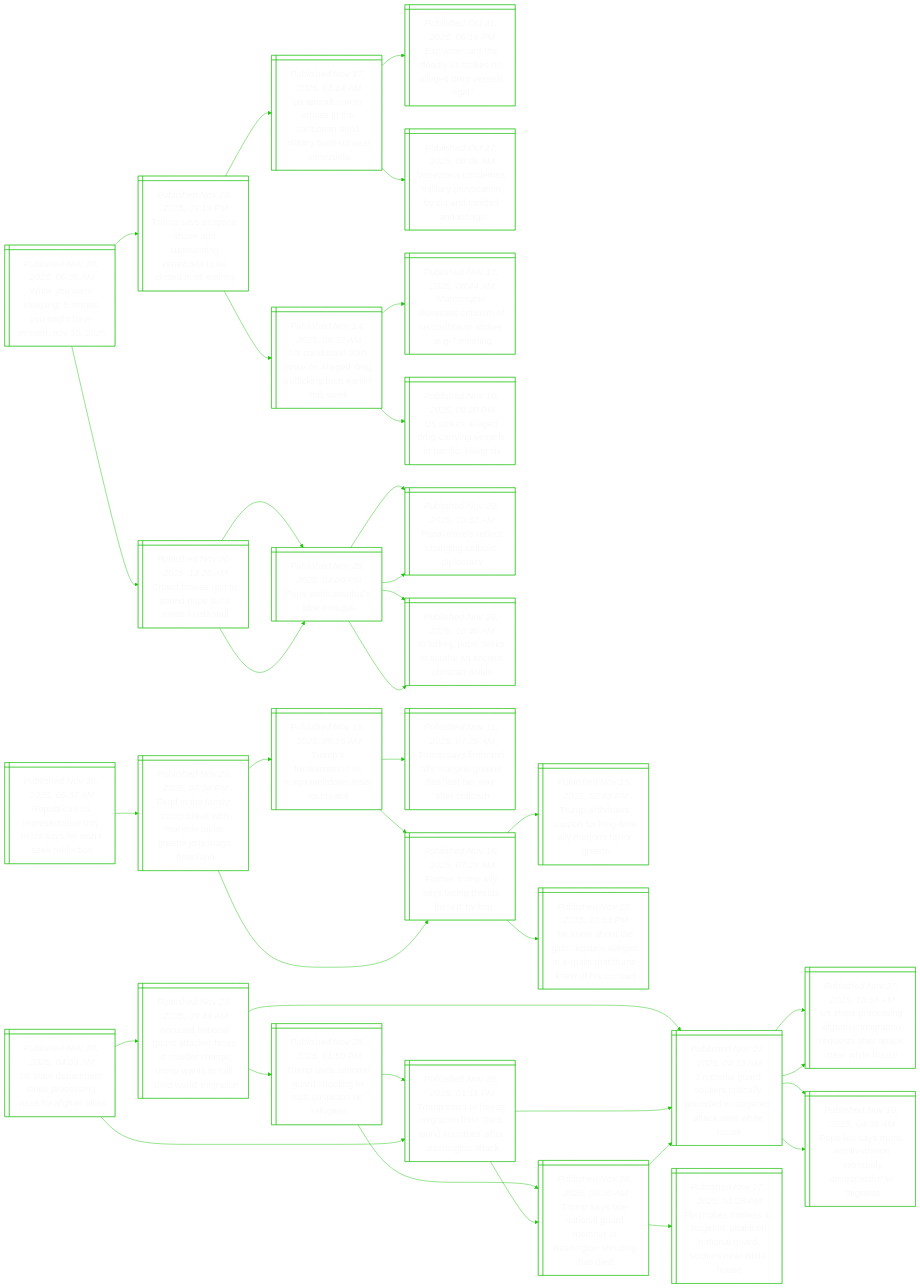
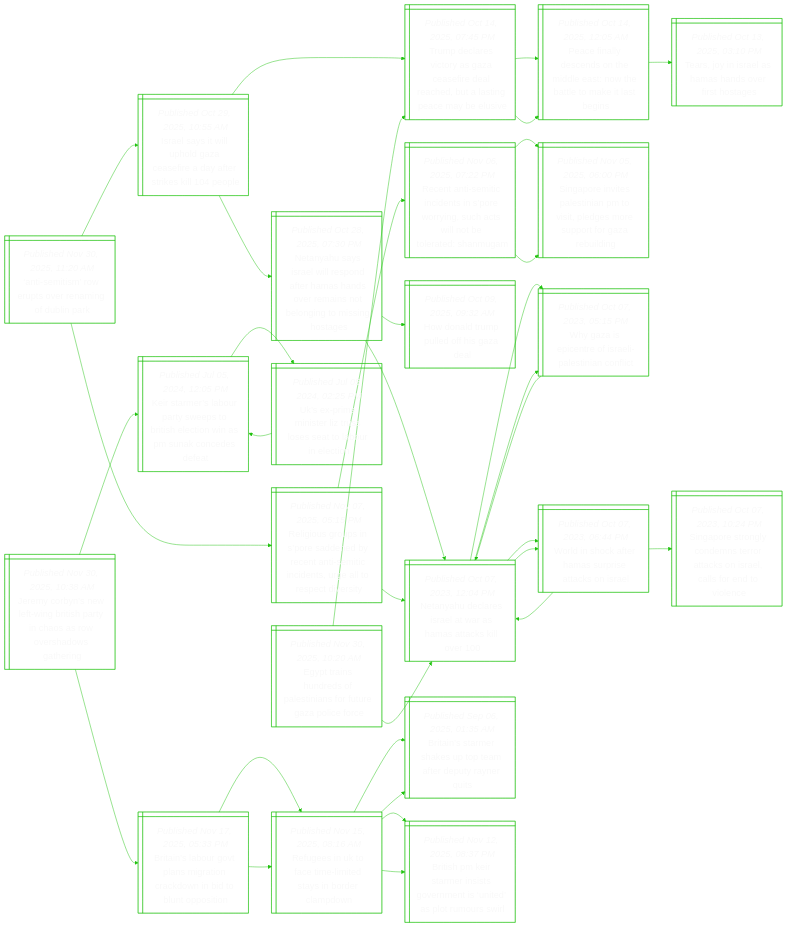
Before and after one commit to notJmes/notJmes: the diagram in README.md, drawn with Mermaid. The commit also changed other lines of this file, not shown here.

````diff
--- a/README.md
+++ b/README.md
@@ -16,121 +16,112 @@
 flowchart LR
 classDef txtsize font-size:20px;
 
-WYresemhiN@{ shape: win-pane, label: "_Published Nov 30, 2025, 06:35 AM_
-While you were sleeping: 5 stories you might have missed, nov 30, 2025" }
-Tsicvsugztliee@{ shape: win-pane, label: "_Published Nov 29, 2025, 09:19 PM_
-Trump says airspace above and surrounding venezuela to be closed in its entirety" }
-Ucceinaeiiburz@{ shape: win-pane, label: "_Published Nov 17, 2025, 03:14 AM_
-Us aircraft carrier arrives in the caribbean amid military build-up near venezuela" }
-Eirdyroersl@{ shape: win-pane, label: "_Published Oct 31, 2025, 06:16 PM_
-Explainer: are the deadly us strikes on alleged drug vessels legal?​" }
-VuonipcnAraTo@{ shape: win-pane, label: "_Published Oct 27, 2025, 08:06 AM_
-Venezuela condemns ‘military provocation’ by cia and trinidad and tobago" }
-Uddrngufialhe@{ shape: win-pane, label: "_Published Nov 14, 2025, 06:32 AM_
-Us conducted 20th strike on alleged drug trafficking boat earlier this week" }
-MRdsriUinkGi@{ shape: win-pane, label: "_Published Nov 13, 2025, 08:44 AM_
-Marco rubio dismisses criticism of us caribbean strikes at g-7 meeting" }
-Uildcisiiig@{ shape: win-pane, label: "_Published Nov 10, 2025, 09:20 PM_
-Us strikes alleged drug-carrying vessels in pacific, killing six" }
-Cbstepsia@{ shape: win-pane, label: "_Published Nov 30, 2025, 12:25 AM_
-Crowd braves rain to attend pope leo’s mass in istanbul" }
-PiIbls@{ shape: win-pane, label: "_Published Nov 29, 2025, 04:00 PM_
-Pope visits istanbul’s blue mosque" }
-Ptllhnhdm@{ shape: win-pane, label: "_Published Nov 29, 2025, 10:52 AM_
-Papal travels reflect changing catholic diplomacy" }
-Ikpkoaihiv@{ shape: win-pane, label: "_Published Nov 29, 2025, 10:46 AM_
-In turkey, pope seeks to soothe an ancient christian divide" }
-PiIbls@{ shape: win-pane, label: "_Published Nov 29, 2025, 04:00 PM_
-Pope visits istanbul’s blue mosque" }
-Ptllhnhdm@{ shape: win-pane, label: "_Published Nov 29, 2025, 10:52 AM_
-Papal travels reflect changing catholic diplomacy" }
-Ikpkoaihiv@{ shape: win-pane, label: "_Published Nov 29, 2025, 10:46 AM_
-In turkey, pope seeks to soothe an ancient christian divide" }
+AesesriDn@{ shape: win-pane, label: "_Published Nov 30, 2025, 11:20 AM_
+‘anti-semitism’ row erupts over renaming of dublin park" }
+Ilillaeaftspe@{ shape: win-pane, label: "_Published Oct 29, 2025, 10:55 AM_
+Israel says it will uphold gaza ceasefire a day after strikes kill 104 people" }
+Tdrcaaededlncbs@{ shape: win-pane, label: "_Published Oct 14, 2025, 07:45 PM_
+Trump declares victory as gaza ceasefire deal reached, but a lasting peace may be elusive" }
+PflcoMeNelale@{ shape: win-pane, label: "_Published Oct 14, 2025, 12:05 AM_
+Peace finally descends on the middle east: now the battle to make it last begins" }
+NyarisaHhoeseimnt@{ shape: win-pane, label: "_Published Oct 28, 2025, 07:30 PM_
+Netanyahu says israel will respond after hamas hands over remains not belonging to missing hostages" }
+NyeeawHakl@{ shape: win-pane, label: "_Published Oct 07, 2023, 12:04 PM_
+Netanyahu declares israel at war as hamas attacks kill over 100" }
+Hnruosd@{ shape: win-pane, label: "_Published Oct 09, 2025, 09:32 AM_
+How donald trump pulled off his gaza deal" }
+Ririrdbetinngtpii@{ shape: win-pane, label: "_Published Nov 07, 2025, 05:15 PM_
+Religious groups in s’pore saddened by recent anti-semitic incidents, urge all to respect diversity" }
+RtSiisorgaitlenm@{ shape: win-pane, label: "_Published Nov 06, 2025, 07:22 PM_
+Recent anti-semitic incidents in s’pore worrying, such acts will not be tolerated: shanmugam" }
+Spnssaotgrpoaig@{ shape: win-pane, label: "_Published Nov 05, 2025, 06:00 PM_
+Singapore invites palestinian pm to visit, pledges more support for gaza rebuilding" }
+Spnssaotgrpoaig@{ shape: win-pane, label: "_Published Nov 05, 2025, 06:00 PM_
+Singapore invites palestinian pm to visit, pledges more support for gaza rebuilding" }
+NyeeawHakl@{ shape: win-pane, label: "_Published Oct 07, 2023, 12:04 PM_
+Netanyahu declares israel at war as hamas attacks kill over 100" }
+WzptIleint@{ shape: win-pane, label: "_Published Oct 07, 2023, 05:15 PM_
+Why gaza is epicentre of israeli-palestinian conflict" }
+Wiceapaks@{ shape: win-pane, label: "_Published Oct 07, 2023, 06:44 PM_
+World in shock after hamas surprise attacks on israel" }
 
-WYresemhiN:::txtsize --> Tsicvsugztliee:::txtsize
-Tsicvsugztliee:::txtsize --> Ucceinaeiiburz:::txtsize
-Ucceinaeiiburz:::txtsize --> Eirdyroersl:::txtsize
-Ucceinaeiiburz:::txtsize --> VuonipcnAraTo:::txtsize
-Tsicvsugztliee:::txtsize --> Uddrngufialhe:::txtsize
-Uddrngufialhe:::txtsize --> MRdsriUinkGi:::txtsize
-Uddrngufialhe:::txtsize --> Uildcisiiig:::txtsize
-WYresemhiN:::txtsize --> Cbstepsia:::txtsize
-Cbstepsia:::txtsize --> PiIbls:::txtsize
-PiIbls:::txtsize --> Ptllhnhdm:::txtsize
-PiIbls:::txtsize --> Ikpkoaihiv:::txtsize
-Cbstepsia:::txtsize --> PiIbls:::txtsize
-PiIbls:::txtsize --> Ptllhnhdm:::txtsize
-PiIbls:::txtsize --> Ikpkoaihiv:::txtsize
+AesesriDn:::txtsize --> Ilillaeaftspe:::txtsize
+Ilillaeaftspe:::txtsize --> Tdrcaaededlncbs:::txtsize
+Tdrcaaededlncbs:::txtsize --> PflcoMeNelale:::txtsize
+Ilillaeaftspe:::txtsize --> NyarisaHhoeseimnt:::txtsize
+NyarisaHhoeseimnt:::txtsize --> NyeeawHakl:::txtsize
+NyarisaHhoeseimnt:::txtsize --> Hnruosd:::txtsize
+AesesriDn:::txtsize --> Ririrdbetinngtpii:::txtsize
+Ririrdbetinngtpii:::txtsize --> RtSiisorgaitlenm:::txtsize
+RtSiisorgaitlenm:::txtsize --> Spnssaotgrpoaig:::txtsize
+RtSiisorgaitlenm:::txtsize --> Spnssaotgrpoaig:::txtsize
+Ririrdbetinngtpii:::txtsize --> NyeeawHakl:::txtsize
+NyeeawHakl:::txtsize --> WzptIleint:::txtsize
+NyeeawHakl:::txtsize --> Wiceapaks:::txtsize
 
-RlUrteNseset@{ shape: win-pane, label: "_Published Nov 30, 2025, 05:37 AM_
-Republican us representative troy nehls says he won’t seek reelection" }
-FnaTbwaileoAan@{ shape: win-pane, label: "_Published Nov 20, 2025, 07:04 PM_
-Feud in the family: trump break with marjorie taylor greene jolts maga heartland" }
-TskeMewtco@{ shape: win-pane, label: "_Published Nov 18, 2025, 09:15 AM_
-Trump’s frankenstein? us maga meltdown tests its creator" }
-TsialjGeorfri@{ shape: win-pane, label: "_Published Nov 11, 2025, 07:29 AM_
-Trump says firebrand ally marjorie greene has ‘lost her way’ after criticism" }
-Frpsattly@{ shape: win-pane, label: "_Published Nov 16, 2025, 07:29 AM_
-Former trump ally says facing threats ‘fuelled’ by him" }
-Frpsattly@{ shape: win-pane, label: "_Published Nov 16, 2025, 07:29 AM_
-Former trump ally says facing threats ‘fuelled’ by him" }
-TwrutomyoaGe@{ shape: win-pane, label: "_Published Nov 15, 2025, 02:43 PM_
-Trump withdraws support for long-time ally marjorie taylor greene" }
-HwtipngesTkfot@{ shape: win-pane, label: "_Published Nov 12, 2025, 10:53 PM_
-‘he knew about the girls’: epstein alleged in e-mails that trump knew of his conduct" }
+Jyywwrhyaredai@{ shape: win-pane, label: "_Published Nov 30, 2025, 10:38 AM_
+Jeremy corbyn’s new left-wing british party in chaos as row overshadows gathering" }
+Ktroreoiensnnsa@{ shape: win-pane, label: "_Published Jul 05, 2024, 12:05 PM_
+Keir starmer’s labour party sweeps to british election win as pm sunak concedes defeat" }
+Upmtzsstoei@{ shape: win-pane, label: "_Published Jul 05, 2024, 02:25 PM_
+Uk’s ex-prime minister liz truss loses seat to labour in election" }
+Ktroreoiensnnsa@{ shape: win-pane, label: "_Published Jul 05, 2024, 12:05 PM_
+Keir starmer’s labour party sweeps to british election win as pm sunak concedes defeat" }
+Biboagocndupi@{ shape: win-pane, label: "_Published Nov 17, 2025, 05:33 PM_
+Britain’s labour govt plans migration crackdown in bid to blunt opposition" }
+ReUamitnemn@{ shape: win-pane, label: "_Published Nov 15, 2025, 08:16 AM_
+Refugees in uk to face time-limited stays in border clampdown" }
+Biasspadyet@{ shape: win-pane, label: "_Published Sep 06, 2025, 01:35 AM_
+Britain’s starmer shakes up top team after deputy rayner quits" }
+Bseaitennatui@{ shape: win-pane, label: "_Published Nov 12, 2025, 08:37 PM_
+British pm keir starmer insists government is ‘united’ as plot rumours swirl" }
+ReUamitnemn@{ shape: win-pane, label: "_Published Nov 15, 2025, 08:16 AM_
+Refugees in uk to face time-limited stays in border clampdown" }
+Biasspadyet@{ shape: win-pane, label: "_Published Sep 06, 2025, 01:35 AM_
+Britain’s starmer shakes up top team after deputy rayner quits" }
+Bseaitennatui@{ shape: win-pane, label: "_Published Nov 12, 2025, 08:37 PM_
+British pm keir starmer insists government is ‘united’ as plot rumours swirl" }
 
-RlUrteNseset:::txtsize --> FnaTbwaileoAan:::txtsize
-FnaTbwaileoAan:::txtsize --> TskeMewtco:::txtsize
-TskeMewtco:::txtsize --> TsialjGeorfri:::txtsize
-TskeMewtco:::txtsize --> Frpsattly:::txtsize
-FnaTbwaileoAan:::txtsize --> Frpsattly:::txtsize
-Frpsattly:::txtsize --> TwrutomyoaGe:::txtsize
-Frpsattly:::txtsize --> HwtipngesTkfot:::txtsize
+Jyywwrhyaredai:::txtsize --> Ktroreoiensnnsa:::txtsize
+Ktroreoiensnnsa:::txtsize --> Upmtzsstoei:::txtsize
+Upmtzsstoei:::txtsize --> Ktroreoiensnnsa:::txtsize
+Jyywwrhyaredai:::txtsize --> Biboagocndupi:::txtsize
+Biboagocndupi:::txtsize --> ReUamitnemn:::txtsize
+ReUamitnemn:::txtsize --> Biasspadyet:::txtsize
+ReUamitnemn:::txtsize --> Bseaitennatui:::txtsize
+Biboagocndupi:::txtsize --> ReUamitnemn:::txtsize
+ReUamitnemn:::txtsize --> Biasspadyet:::txtsize
+ReUamitnemn:::txtsize --> Bseaitennatui:::txtsize
 
-UtanpcnaAne@{ shape: win-pane, label: "_Published Nov 30, 2025, 04:39 AM_
-Us state department stops processing visas for afghan allies" }
-AeiGakcmrgmtairgo@{ shape: win-pane, label: "_Published Nov 29, 2025, 09:44 AM_
-Accused national guard attacker faces us murder charge; trump wants to halt ‘third world’ migration" }
-Nnalsiydttteiu@{ shape: win-pane, label: "_Published Nov 27, 2025, 04:33 AM_
-2 national guard soldiers critically wounded in ‘targeted’ attack near white house" }
-Upcnhmteteaats@{ shape: win-pane, label: "_Published Nov 27, 2025, 10:58 AM_
-Us stops processing afghan immigration requests after attack near white house" }
-Pespnaemipuit@{ shape: win-pane, label: "_Published Nov 19, 2025, 04:38 AM_
-Pope leo says trump administration ‘extremely disrespectful’ to migrants" }
-Tuaarottiou@{ shape: win-pane, label: "_Published Nov 28, 2025, 01:50 PM_
-Trump uses national guard shooting to cast suspicion on refugees" }
-TsniGmrstogi@{ shape: win-pane, label: "_Published Nov 28, 2025, 09:30 AM_
-Trump says one national guard member in washington shooting has died" }
-TvozrnTWcrfagt@{ shape: win-pane, label: "_Published Nov 28, 2025, 01:11 PM_
-Trump vows to freeze migration from ‘third world countries’ after washington attack" }
-TvozrnTWcrfagt@{ shape: win-pane, label: "_Published Nov 28, 2025, 01:11 PM_
-Trump vows to freeze migration from ‘third world countries’ after washington attack" }
-Nnalsiydttteiu@{ shape: win-pane, label: "_Published Nov 27, 2025, 04:33 AM_
-2 national guard soldiers critically wounded in ‘targeted’ attack near white house" }
-Upcnhmteteaats@{ shape: win-pane, label: "_Published Nov 27, 2025, 10:58 AM_
-Us stops processing afghan immigration requests after attack near white house" }
-Pespnaemipuit@{ shape: win-pane, label: "_Published Nov 19, 2025, 04:38 AM_
-Pope leo says trump administration ‘extremely disrespectful’ to migrants" }
-TsniGmrstogi@{ shape: win-pane, label: "_Published Nov 28, 2025, 09:30 AM_
-Trump says one national guard member in washington shooting has died" }
-Nnalsiydttteiu@{ shape: win-pane, label: "_Published Nov 27, 2025, 04:33 AM_
-2 national guard soldiers critically wounded in ‘targeted’ attack near white house" }
-Foosrdcaardnho@{ shape: win-pane, label: "_Published Nov 27, 2025, 01:08 PM_
-Fbi probes motives in ‘targeted’ attack on national guard soldiers near white house" }
+Etsrfsarracc@{ shape: win-pane, label: "_Published Nov 30, 2025, 10:20 AM_
+Egypt trains hundreds of palestinians for future gaza police force" }
+NyeeawHakl@{ shape: win-pane, label: "_Published Oct 07, 2023, 12:04 PM_
+Netanyahu declares israel at war as hamas attacks kill over 100" }
+WzptIleint@{ shape: win-pane, label: "_Published Oct 07, 2023, 05:15 PM_
+Why gaza is epicentre of israeli-palestinian conflict" }
+NyeeawHakl@{ shape: win-pane, label: "_Published Oct 07, 2023, 12:04 PM_
+Netanyahu declares israel at war as hamas attacks kill over 100" }
+Wiceapaks@{ shape: win-pane, label: "_Published Oct 07, 2023, 06:44 PM_
+World in shock after hamas surprise attacks on israel" }
+NyeeawHakl@{ shape: win-pane, label: "_Published Oct 07, 2023, 12:04 PM_
+Netanyahu declares israel at war as hamas attacks kill over 100" }
+SptldtrcIlsnic@{ shape: win-pane, label: "_Published Oct 07, 2023, 10:24 PM_
+Singapore strongly condemns terror attacks on israel, calls for end to violence" }
+Tdrcaaededlncbs@{ shape: win-pane, label: "_Published Oct 14, 2025, 07:45 PM_
+Trump declares victory as gaza ceasefire deal reached, but a lasting peace may be elusive" }
+PflcoMeNelale@{ shape: win-pane, label: "_Published Oct 14, 2025, 12:05 AM_
+Peace finally descends on the middle east: now the battle to make it last begins" }
+TjIlmnest@{ shape: win-pane, label: "_Published Oct 13, 2025, 03:10 PM_
+Tears, joy in israel as hamas hands over first hostages" }
 
-UtanpcnaAne:::txtsize --> AeiGakcmrgmtairgo:::txtsize
-AeiGakcmrgmtairgo:::txtsize --> Nnalsiydttteiu:::txtsize
-Nnalsiydttteiu:::txtsize --> Upcnhmteteaats:::txtsize
-Nnalsiydttteiu:::txtsize --> Pespnaemipuit:::txtsize
-AeiGakcmrgmtairgo:::txtsize --> Tuaarottiou:::txtsize
-Tuaarottiou:::txtsize --> TsniGmrstogi:::txtsize
-Tuaarottiou:::txtsize --> TvozrnTWcrfagt:::txtsize
-UtanpcnaAne:::txtsize --> TvozrnTWcrfagt:::txtsize
-TvozrnTWcrfagt:::txtsize --> Nnalsiydttteiu:::txtsize
-Nnalsiydttteiu:::txtsize --> Upcnhmteteaats:::txtsize
-Nnalsiydttteiu:::txtsize --> Pespnaemipuit:::txtsize
-TvozrnTWcrfagt:::txtsize --> TsniGmrstogi:::txtsize
-TsniGmrstogi:::txtsize --> Nnalsiydttteiu:::txtsize
-TsniGmrstogi:::txtsize --> Foosrdcaardnho:::txtsize
+Etsrfsarracc:::txtsize --> NyeeawHakl:::txtsize
+NyeeawHakl:::txtsize --> WzptIleint:::txtsize
+WzptIleint:::txtsize --> NyeeawHakl:::txtsize
+NyeeawHakl:::txtsize --> Wiceapaks:::txtsize
+Wiceapaks:::txtsize --> NyeeawHakl:::txtsize
+Wiceapaks:::txtsize --> SptldtrcIlsnic:::txtsize
+Etsrfsarracc:::txtsize --> Tdrcaaededlncbs:::txtsize
+Tdrcaaededlncbs:::txtsize --> PflcoMeNelale:::txtsize
+PflcoMeNelale:::txtsize --> TjIlmnest:::txtsize
 
 ```
````
